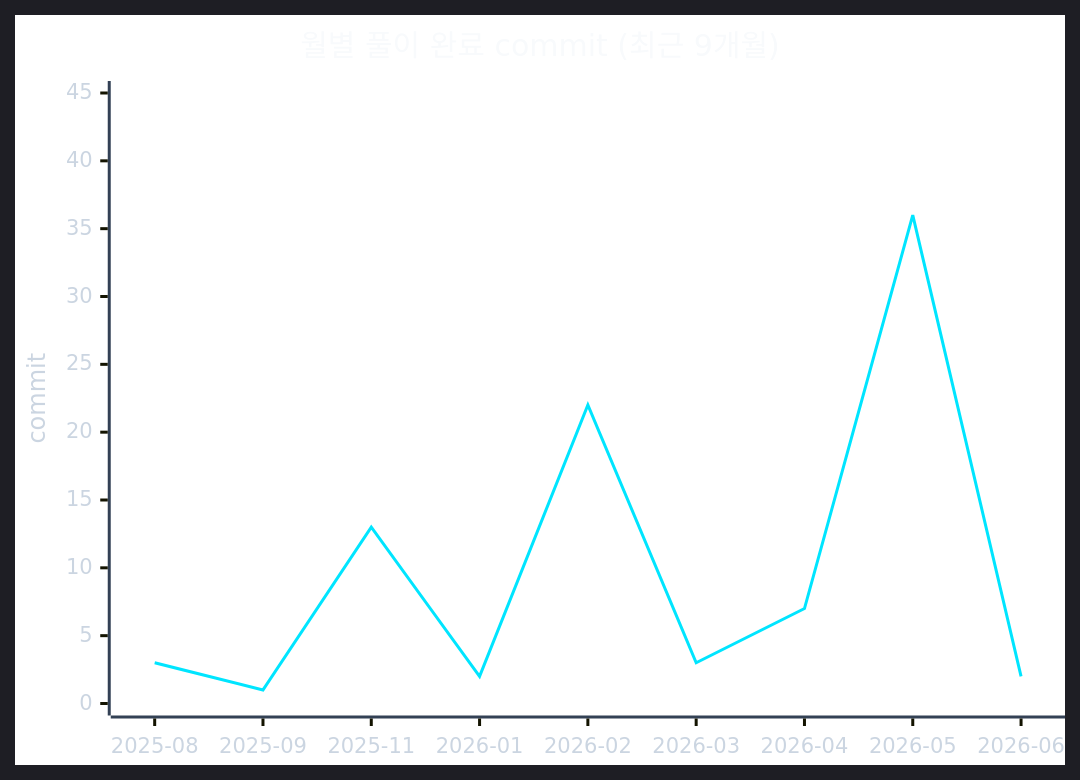
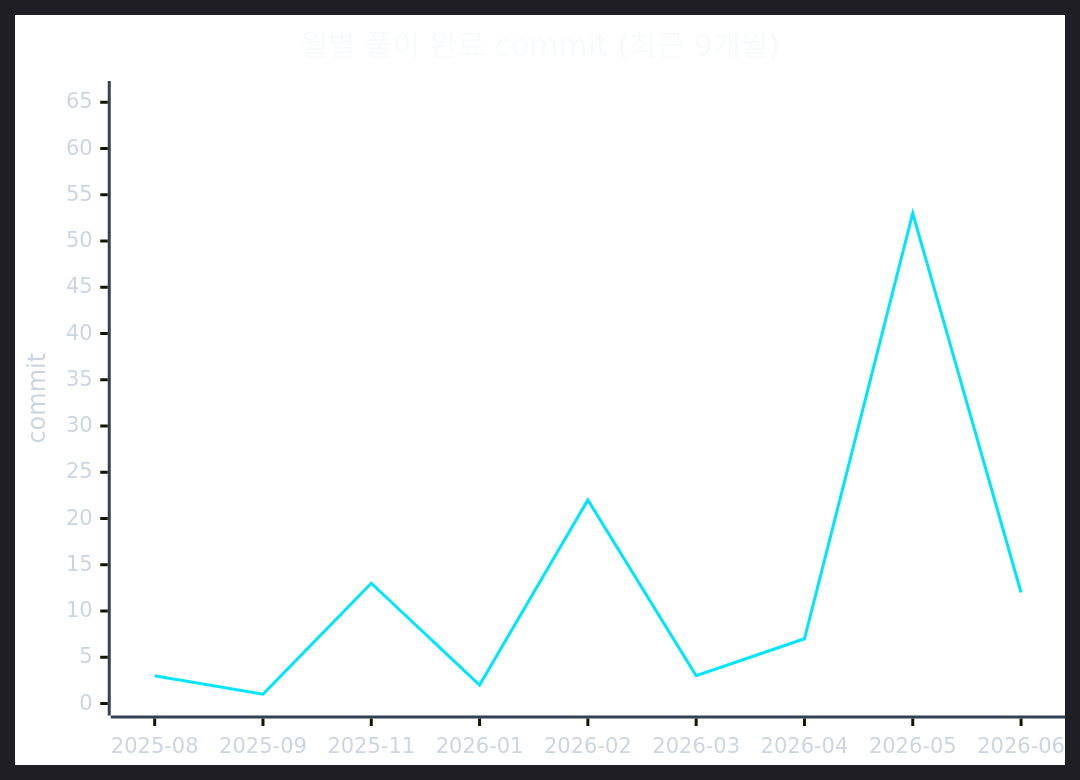
The second of 2 diagrams in readme.md (CHOOSLA/Algorithm), drawn with Mermaid before and after one commit. The commit also changed other lines of this file and 1 other file, not shown here.

````diff
--- a/readme.md
+++ b/readme.md
@@ -71,22 +71,22 @@
 ```mermaid
 ---
 config:
   theme: dark
   themeVariables:
     background: '#0d1117'
     xyChart:
       titleColor: '#f8fafc'
       xAxisLabelColor: '#cbd5e1'
       xAxisTitleColor: '#cbd5e1'
       xAxisLineColor: '#334155'
       yAxisLabelColor: '#cbd5e1'
       yAxisTitleColor: '#cbd5e1'
       yAxisLineColor: '#334155'
       plotColorPalette: '#00e5ff'
 ---
 xychart-beta
   title "월별 풀이 완료 commit (최근 9개월)"
   x-axis ["2025-08", "2025-09", "2025-11", "2026-01", "2026-02", "2026-03", "2026-04", "2026-05", "2026-06"]
-  y-axis "commit" 0 --> 45
-  line [3, 1, 13, 2, 22, 3, 7, 36, 2]
+  y-axis "commit" 0 --> 66
+  line [3, 1, 13, 2, 22, 3, 7, 53, 12]
 ```
````
